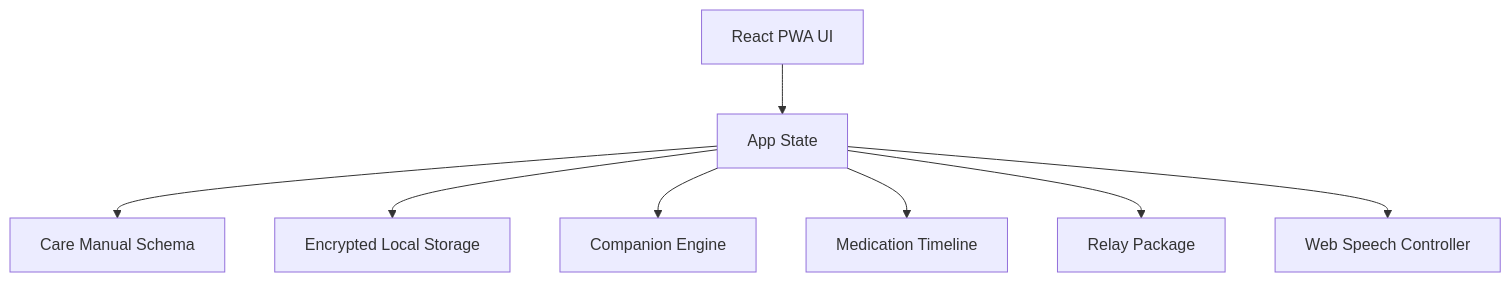
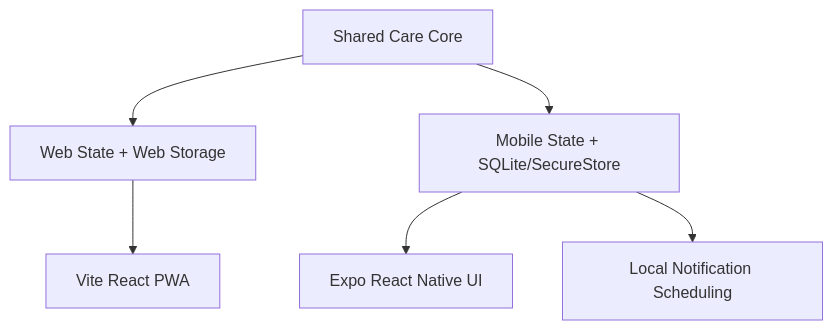
The second of 2 diagrams in README.en.md (sinmb79/careguardian-ai), drawn with Mermaid before and after one commit. The commit also changed other lines of this file and 56 other files, not shown here.

Commit message:
feat: add expo mobile delivery foundation

````diff
--- a/README.en.md
+++ b/README.en.md
@@ -31,10 +30,8 @@
 ```mermaid
 flowchart TD
-  UI["React PWA UI"] --> STATE["App State"]
-  STATE --> MANUAL["Care Manual Schema"]
-  STATE --> STORAGE["Encrypted Local Storage"]
-  STATE --> COMPANION["Companion Engine"]
-  STATE --> REMINDERS["Medication Timeline"]
-  STATE --> RELAY["Relay Package"]
-  STATE --> VOICE["Web Speech Controller"]
+  Core["Shared Care Core"] --> WebState["Web State + Web Storage"]
+  Core --> MobileState["Mobile State + SQLite/SecureStore"]
+  WebState --> WebUI["Vite React PWA"]
+  MobileState --> MobileUI["Expo React Native UI"]
+  MobileState --> MobileNotify["Local Notification Scheduling"]
 ```
````
